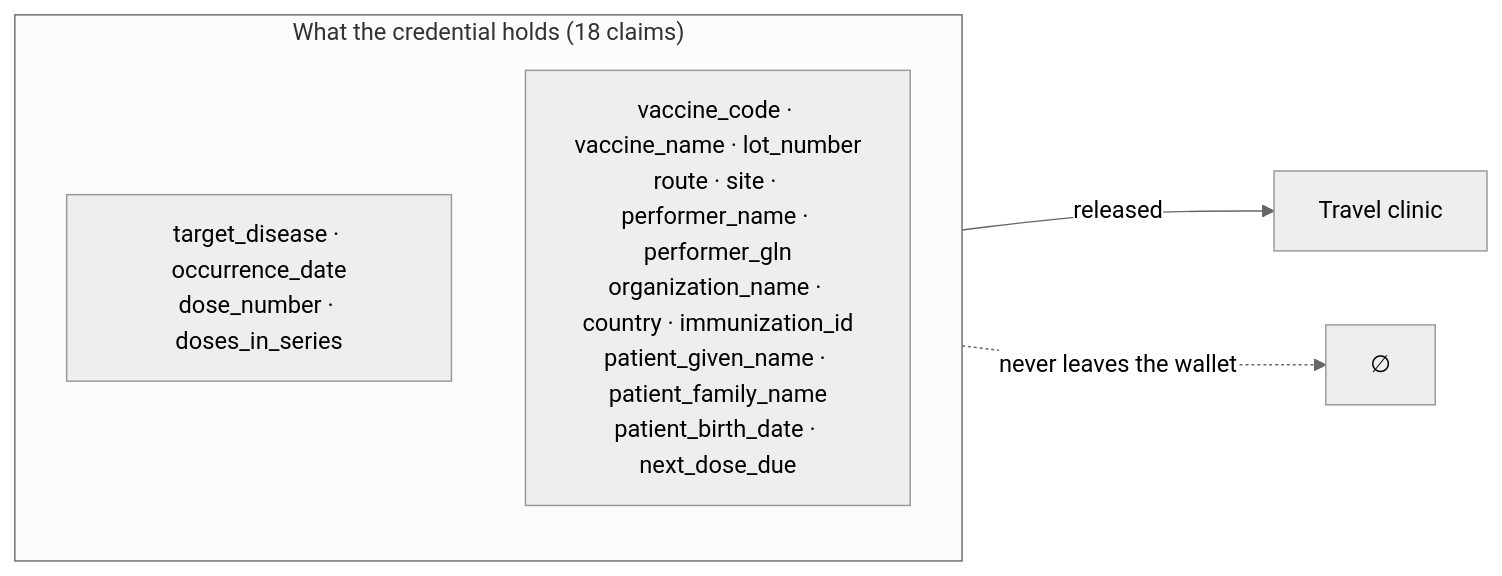
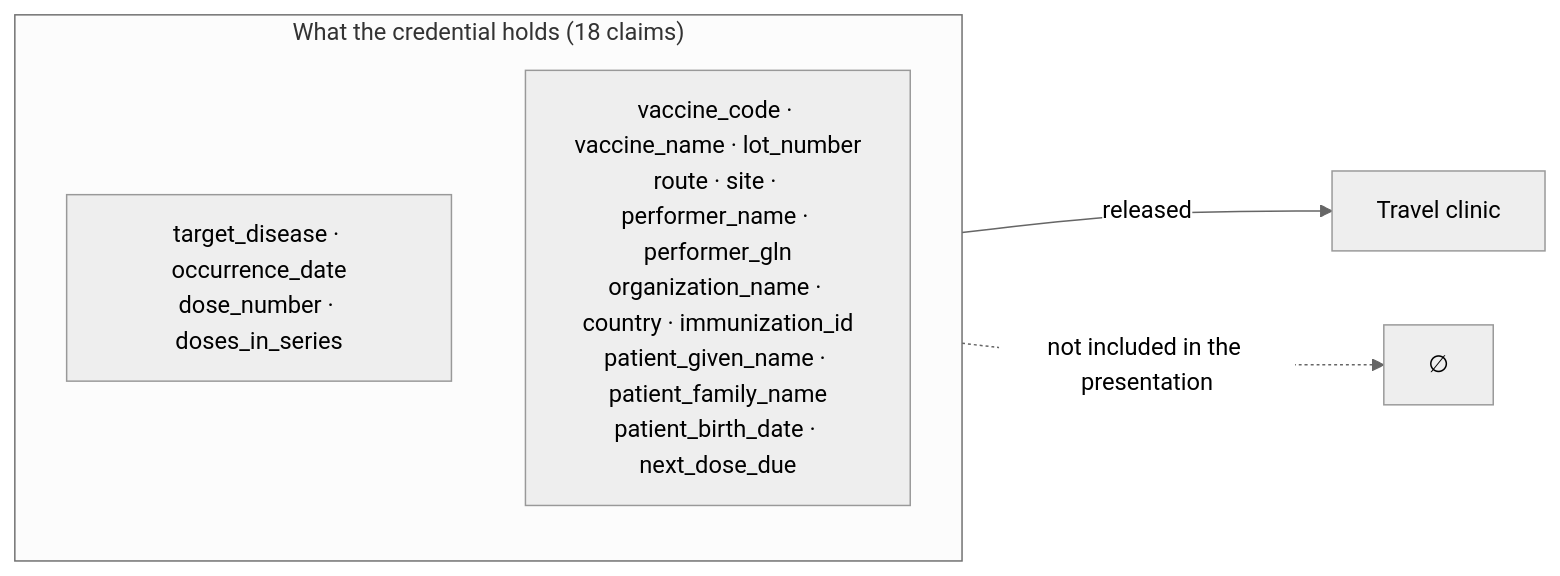
One commit to Accelerate-GmbH/digital-health-swiyu-vaccination changed the first of 2 diagrams in flows/F-03-immunization-minimal-disclosure.md. Above: the diagram before and after it, drawn with Mermaid (neutral theme). The commit also changed other lines of this file and 14 other files, not shown here.

````diff
--- a/flows/F-03-immunization-minimal-disclosure.md
+++ b/flows/F-03-immunization-minimal-disclosure.md
@@ -63,10 +63,10 @@
 ```mermaid
 flowchart LR
     subgraph W["What the credential holds (18 claims)"]
         direction TB
         A["target_disease · occurrence_date<br/>dose_number · doses_in_series"]
         B["vaccine_code · vaccine_name · lot_number<br/>route · site · performer_name · performer_gln<br/>organization_name · country · immunization_id<br/>patient_given_name · patient_family_name<br/>patient_birth_date · next_dose_due"]
     end
     A -->|released| V["Travel clinic"]
-    B -.->|never leaves the wallet| X["∅"]
+    B -.->|not included in the presentation| X["∅"]
 ```
````
